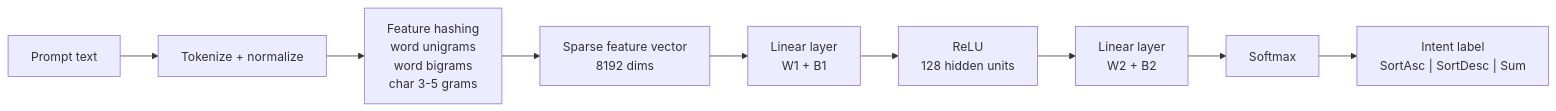
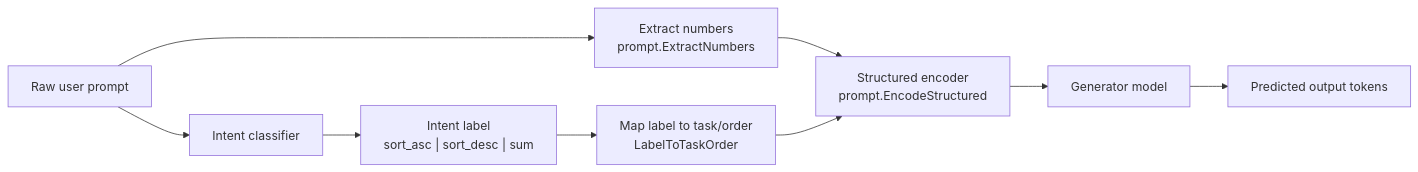
One commit to juanpablocruz/attention changed the first of 3 diagrams in README.md. Above: the diagram before and after it, drawn with Mermaid. The commit also changed other lines of this file, not shown here.

````diff
--- a/README.md
+++ b/README.md
@@ -14,11 +29,13 @@
 ```mermaid
 flowchart LR
-    A["Prompt text"] --> B["Tokenize + normalize"]
-    B --> C["Feature hashing<br/>word unigrams<br/>word bigrams<br/>char 3-5 grams"]
-    C --> D["Sparse feature vector<br/>8192 dims"]
-    D --> E["Linear layer<br/>W1 + B1"]
-    E --> F["ReLU<br/>128 hidden units"]
-    F --> G["Linear layer<br/>W2 + B2"]
-    G --> H["Softmax"]
-    H --> I["Intent label<br/>SortAsc | SortDesc | Sum"]
+    A["Raw user prompt"] --> B["Extract numbers<br/>prompt.ExtractNumbers"]
+    A --> C["Intent classifier"]
+
+    C --> D["Intent label<br/>sort_asc | sort_desc | sum"]
+    D --> E["Map label to task/order<br/>LabelToTaskOrder"]
+    B --> F["Structured encoder<br/>prompt.EncodeStructured"]
+    E --> F
+
+    F --> G["Generator model"]
+    G --> H["Predicted output tokens"]
 ```
````
